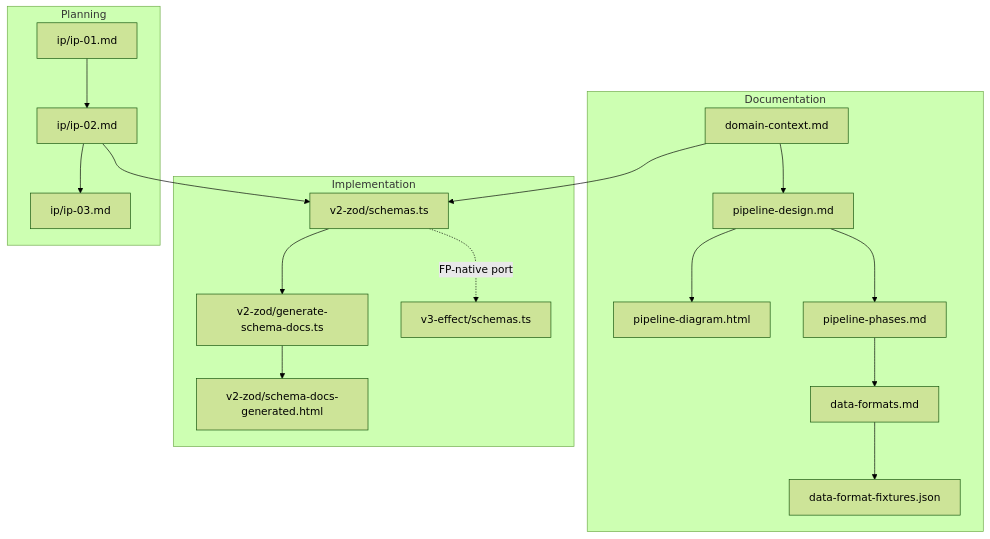
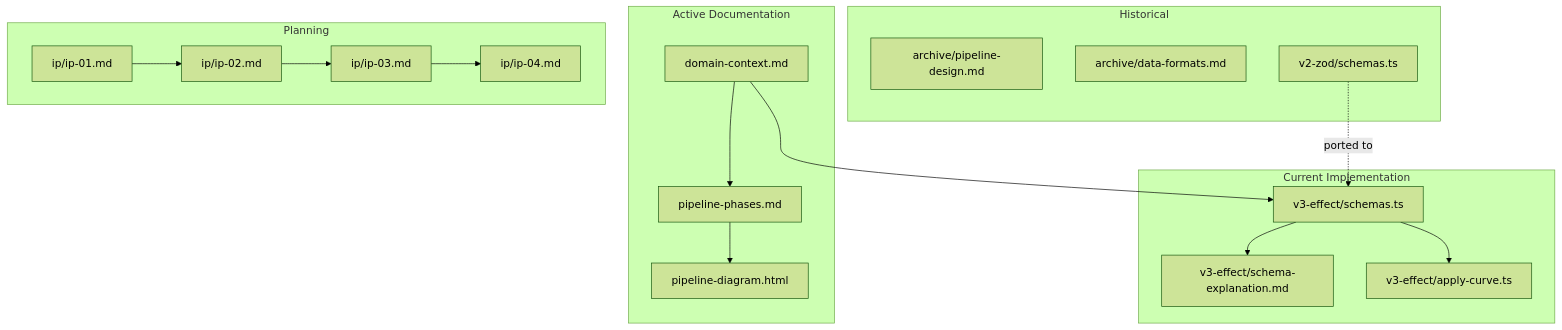
Before and after one commit to paideia-ai/tech-doc-axiia: the diagram in score-post-llm-pipeline/index.md, drawn with Mermaid (forest theme). The commit also changed other lines of this file and 17 other files, not shown here.

````diff
--- a/score-post-llm-pipeline/index.md
+++ b/score-post-llm-pipeline/index.md
@@ -46,25 +55,28 @@
 ```mermaid
 graph TD
-    subgraph "Documentation"
-        DC[domain-context.md] --> PD[pipeline-design.md]
-        PD --> DIAG[pipeline-diagram.html]
-        PP[pipeline-phases.md] --> DF[data-formats.md]
-        DF --> FIX[data-format-fixtures.json]
+    subgraph "Active Documentation"
+        DC[domain-context.md] --> PP[pipeline-phases.md]
+        PP --> DIAG[pipeline-diagram.html]
     end
 
-    subgraph "Implementation"
-        SCH[v2-zod/schemas.ts] --> GEN[v2-zod/generate-schema-docs.ts]
-        GEN --> HTML[v2-zod/schema-docs-generated.html]
+    subgraph "Current Implementation"
         ESCH[v3-effect/schemas.ts]
-        SCH -. "FP-native port" .-> ESCH
+        ESCH --> EXP[v3-effect/schema-explanation.md]
+        ESCH --> AC[v3-effect/apply-curve.ts]
+    end
+
+    subgraph "Historical"
+        PD[archive/pipeline-design.md]
+        DF[archive/data-formats.md]
+        SCH[v2-zod/schemas.ts]
+        SCH -. "ported to" .-> ESCH
     end
 
     subgraph "Planning"
         IP1[ip/ip-01.md] --> IP2[ip/ip-02.md]
         IP2 --> IP3[ip/ip-03.md]
+        IP3 --> IP4[ip/ip-04.md]
     end
 
-    DC --> SCH
-    IP2 --> SCH
-    PD --> PP
+    DC --> ESCH
 ```
````
